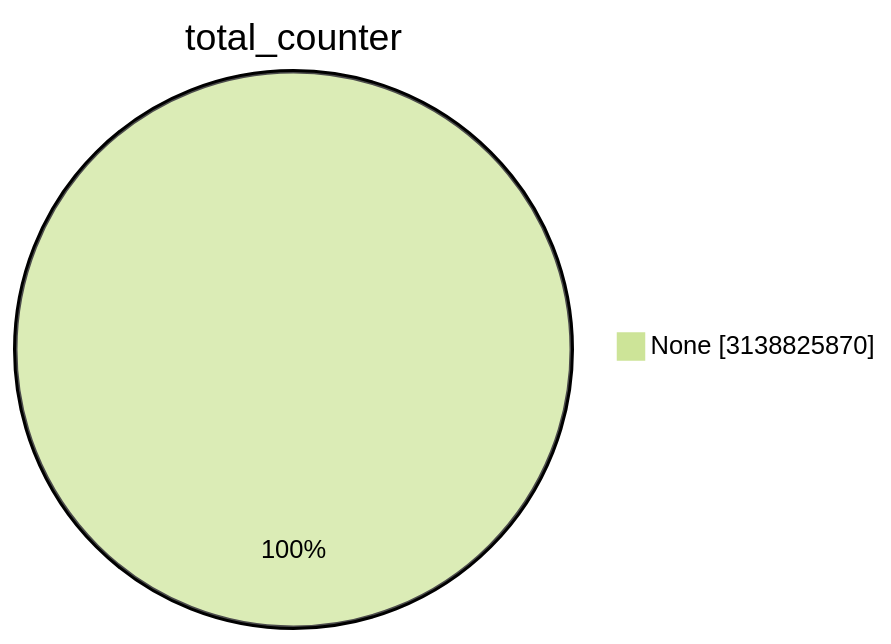
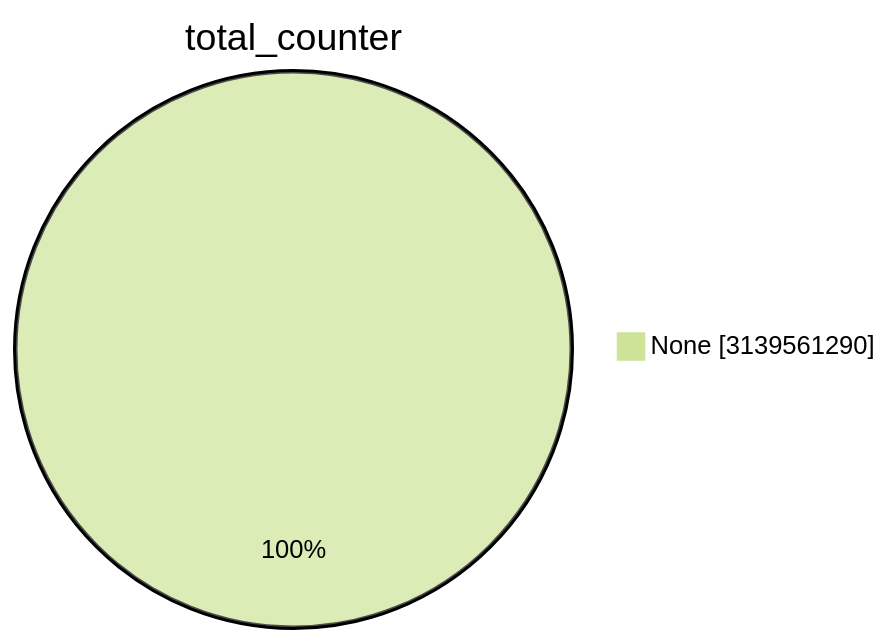
Before and after one commit to christiankrug/ctmonitor_visualization: the first of 15 diagrams in TOTAL/README.md, drawn with Mermaid (forest theme). The commit also changed other lines of this file, not shown here.

````diff
--- a/TOTAL/README.md
+++ b/TOTAL/README.md
@@ -1,5 +1,5 @@
 ```mermaid
 pie showData
 title total_counter
-"None" :3138825870
+"None" :3139561290
 ```
````
